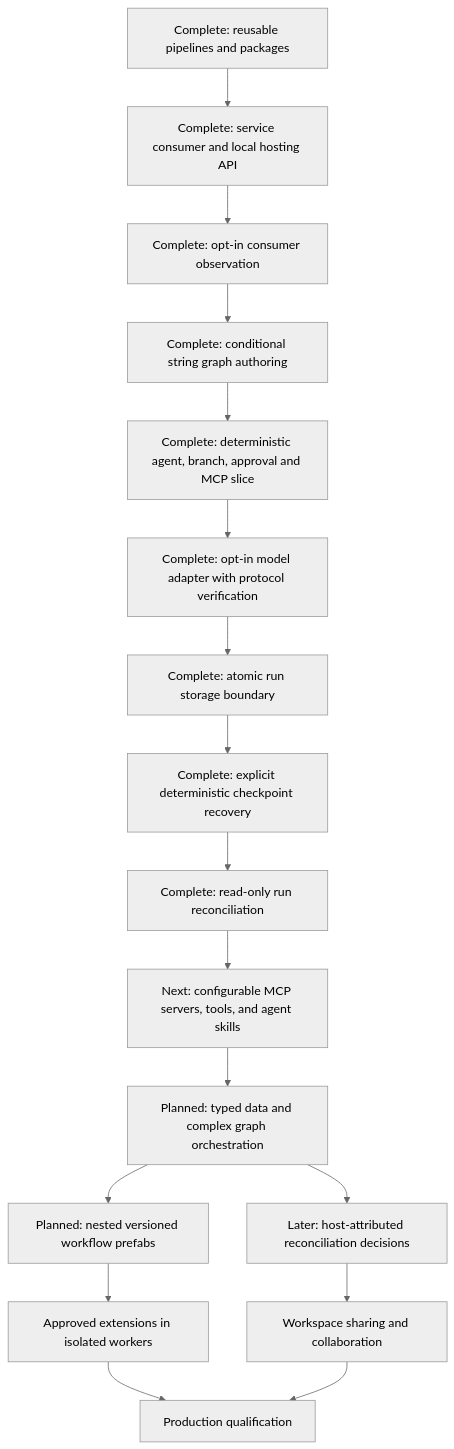
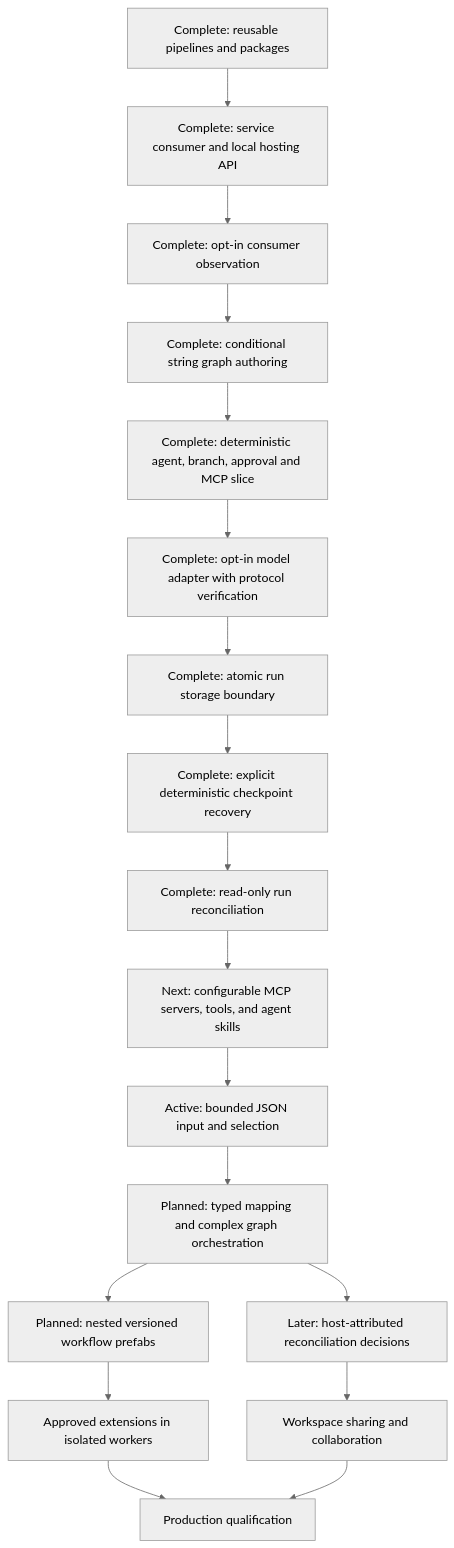
One commit to gnalvesteffer/visual-agent-workflow changed the diagram in docs/roadmap.md. Above: the diagram before and after it, drawn with Mermaid (neutral theme). The commit also changed other lines of this file and 17 other files, not shown here.

Commit message:
feat(core): add bounded JSON input selection

````diff
--- a/docs/roadmap.md
+++ b/docs/roadmap.md
@@ -74,19 +74,20 @@
 ```mermaid
 flowchart TD
     Reuse["Complete: reusable pipelines and packages"] --> Hosting["Complete: service consumer and local hosting API"]
     Hosting --> Observe["Complete: opt-in consumer observation"]
     Observe --> Graph["Complete: conditional string graph authoring"]
     Graph --> Vertical["Complete: deterministic agent, branch, approval and MCP slice"]
     Vertical --> Models["Complete: opt-in model adapter with protocol verification"]
     Models --> Store["Complete: atomic run storage boundary"]
     Store --> Recovery["Complete: explicit deterministic checkpoint recovery"]
     Recovery --> Assess["Complete: read-only run reconciliation"]
     Assess --> Agents["Next: configurable MCP servers, tools, and agent skills"]
-    Agents --> Orchestration["Planned: typed data and complex graph orchestration"]
+    Agents --> JsonData["Active: bounded JSON input and selection"]
+    JsonData --> Orchestration["Planned: typed mapping and complex graph orchestration"]
     Orchestration --> Assets["Planned: nested versioned workflow prefabs"]
     Orchestration --> Durable["Later: host-attributed reconciliation decisions"]
     Assets --> Extensions["Approved extensions in isolated workers"]
     Durable --> Collaboration["Workspace sharing and collaboration"]
     Extensions --> Production["Production qualification"]
     Collaboration --> Production
 ```
````
